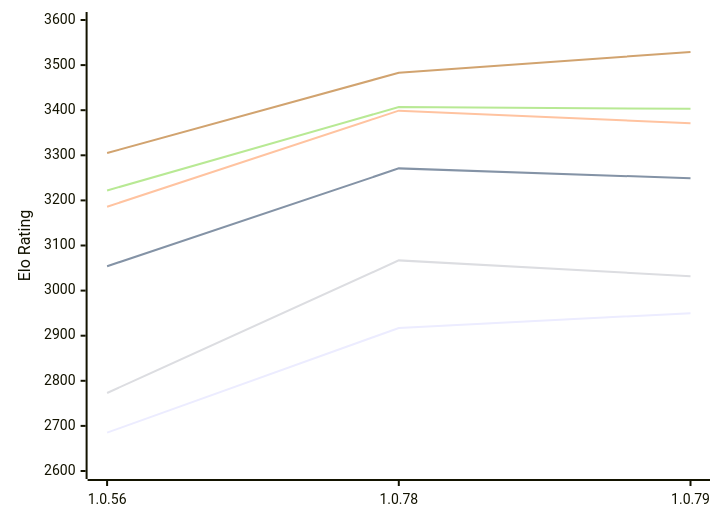
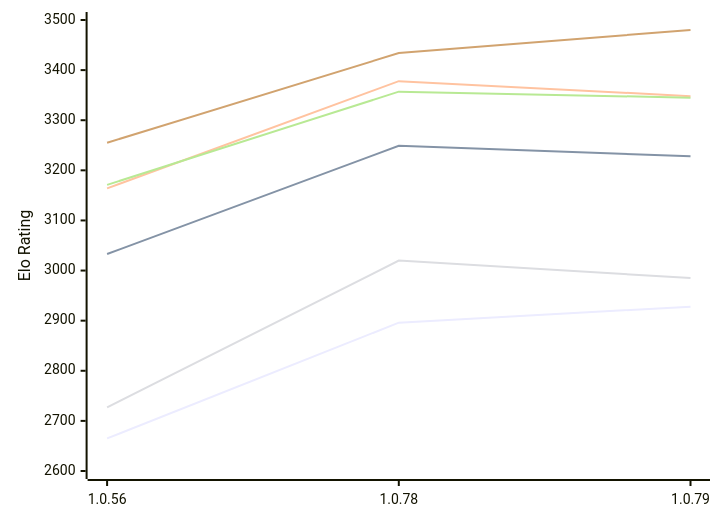
One commit to computer-chess-index/cci changed the first of 2 diagrams in engines/RustyRival.md. Above: the diagram before and after it, drawn with Mermaid. The commit also changed other lines of this file, not shown here.

Commit message:
Update CCI Ratings (ELO VLTC) - 2026-11-08

````diff
--- a/engines/RustyRival.md
+++ b/engines/RustyRival.md
@@ -65,12 +65,12 @@
 ```mermaid
 %%{init: {"theme":"base","themeVariables":{"seriesColors:['#a3a3a3','#222221','#faa371']}}}%%
 xychart-beta
   x-axis ["1.0.56", "1.0.78", "1.0.79"]
-  y-axis "Elo Rating" 2600 --> 3600
-  line "E1: STC (8.0+0.08s)" [2685, 2917, 2950]
-  line "E1: LTC (60.0+0.60s)" [3054, 3271, 3249]
-  line "E1: VLTC (2m24s+1.12s)" [3186, 3399, 3371]
-  line "P1: STC (8.0+0.08s)" [2773, 3067, 3032]
-  line "P1: LTC (60.0+0.60s)" [3222, 3407, 3403]
-  line "P1: VLTC (2m24s+1.12s)" [3305, 3483, 3529]
+  y-axis "Elo Rating" 2600 --> 3500
+  line "E1: STC (8.0+0.08s)" [2665, 2896, 2928]
+  line "E1: LTC (60.0+0.60s)" [3033, 3249, 3228]
+  line "E1: VLTC (2m24s+1.12s)" [3164, 3378, 3348]
+  line "P1: STC (8.0+0.08s)" [2727, 3020, 2985]
+  line "P1: LTC (60.0+0.60s)" [3171, 3357, 3345]
+  line "P1: VLTC (2m24s+1.12s)" [3255, 3434, 3480]
 ```
````
